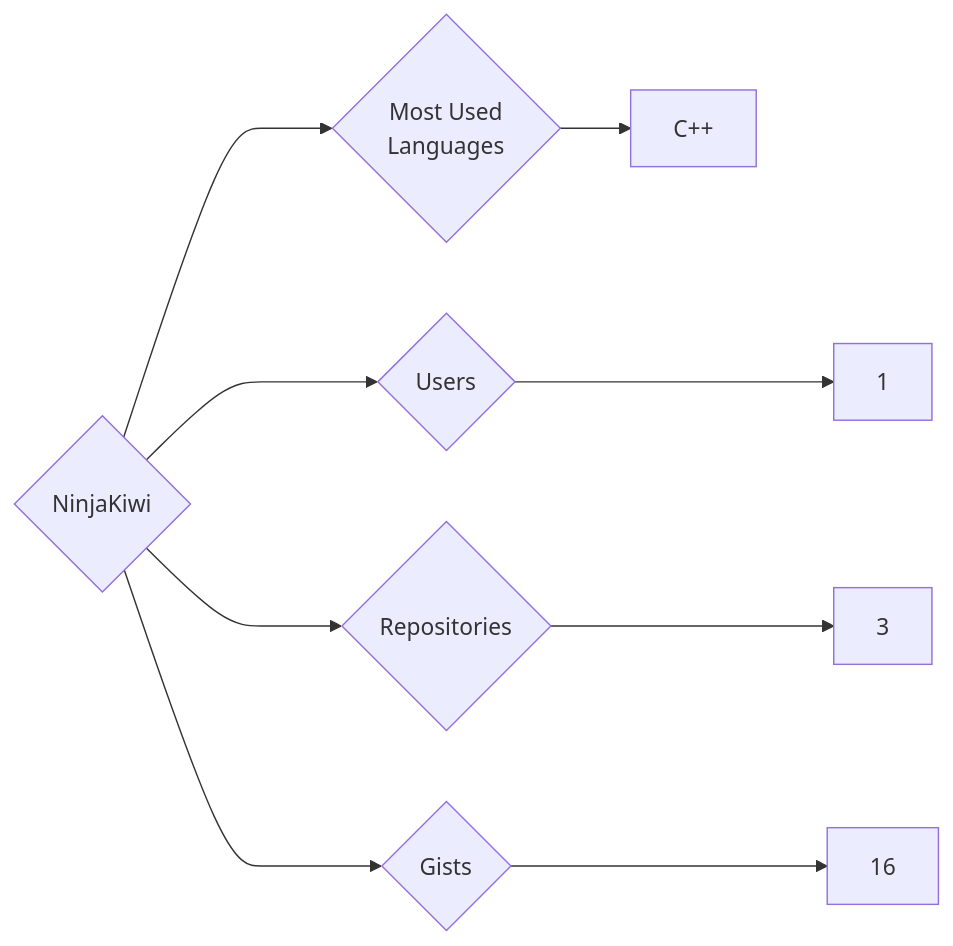
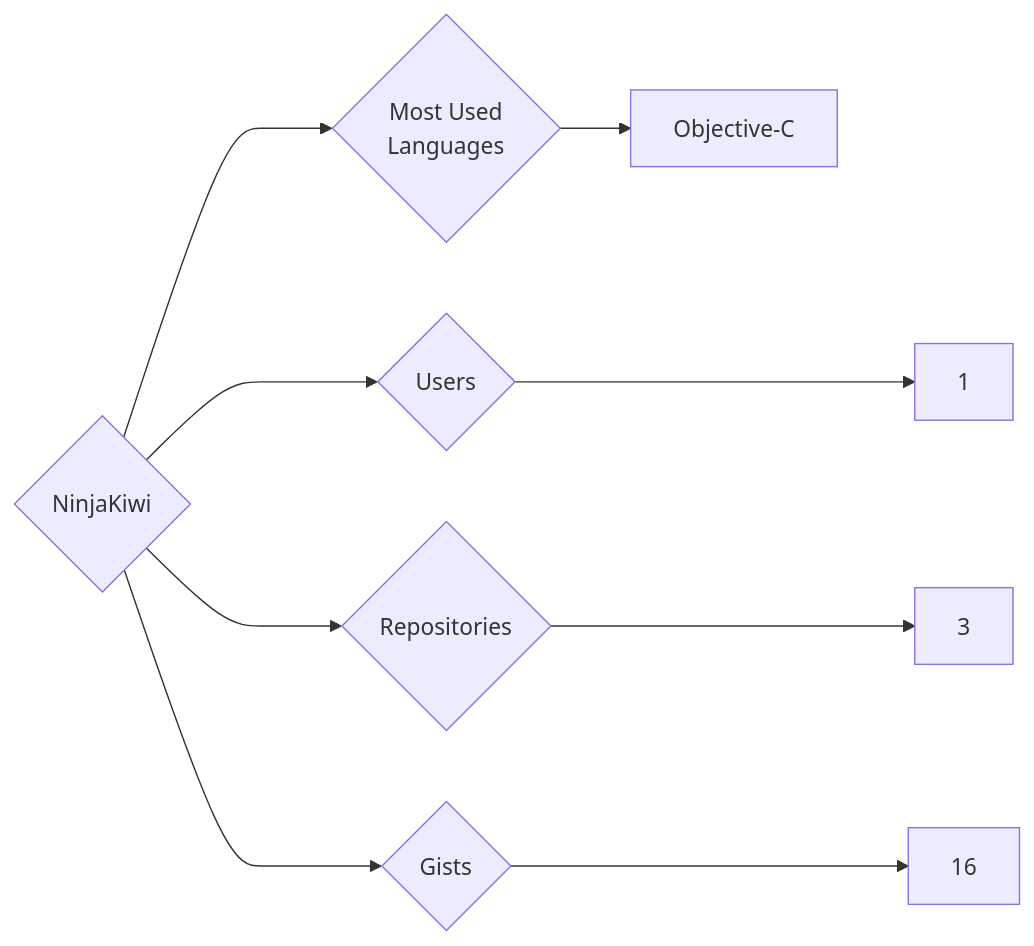
The diagram in targets/NinjaKiwi/README.md (trickest/insiders), drawn with Mermaid before and after one commit. The commit also changed 877 other files, not shown here.

````diff
--- a/targets/NinjaKiwi/README.md
+++ b/targets/NinjaKiwi/README.md
@@ -3,9 +3,9 @@
 ```mermaid
 graph LR
 COMPANY_NAME{NinjaKiwi}
 COMPANY_NAME ---> U{Users} ---> UN[1]
 COMPANY_NAME ---> R{Repositories} ---> RN[3]
 COMPANY_NAME ---> G{Gists} ---> GN[16]
 COMPANY_NAME ---> ML{Most Used<br>Languages}
-ML --> C++[C++]
+ML --> Objective-C[Objective-C]
 ```
````
